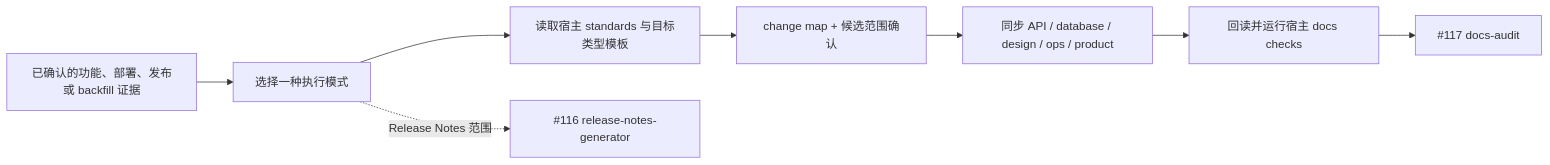
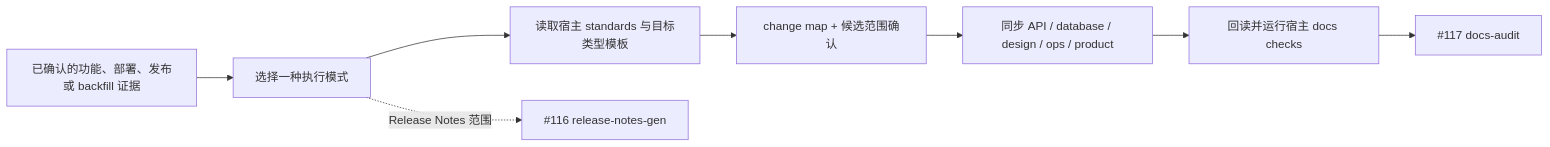
One commit to Neplich/dev-agent-skills changed the diagram in docs/pm/agents/docs-agent/formal-docs-sync/PRD.md. Above: the diagram before and after it, drawn with Mermaid. The commit also changed other lines of this file and 434 other files, not shown here.

````diff
--- a/docs/pm/agents/docs-agent/formal-docs-sync/PRD.md
+++ b/docs/pm/agents/docs-agent/formal-docs-sync/PRD.md
@@ -107,10 +107,10 @@
 ```mermaid
 flowchart LR
     A["已确认的功能、部署、发布或 backfill 证据"] --> B["选择一种执行模式"]
     B --> C["读取宿主 standards 与目标类型模板"]
     C --> D["change map + 候选范围确认"]
     D --> E["同步 API / database / design / ops / product"]
     E --> F["回读并运行宿主 docs checks"]
     F --> G["#117 docs-audit"]
-    B -. "Release Notes 范围" .-> H["#116 release-notes-generator"]
+    B -. "Release Notes 范围" .-> H["#116 release-notes-gen"]
 ```
````
